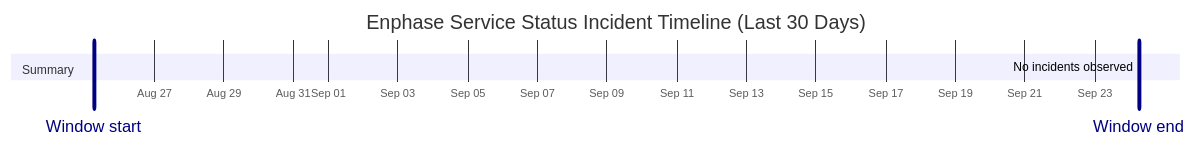
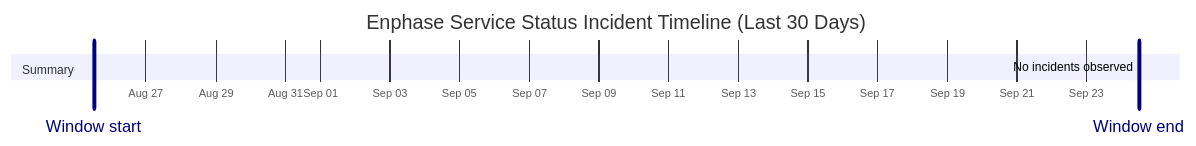
The diagram in wiki/Service-Status-History.md (barneyonline/ha-enphase-energy), drawn with Mermaid before and after one commit. The commit also changed other lines of this file and 3 other files, not shown here.

````diff
--- a/wiki/Service-Status-History.md
+++ b/wiki/Service-Status-History.md
@@ -14,10 +14,10 @@
 ```mermaid
 gantt
     title Enphase Service Status Incident Timeline (Last 30 Days)
     dateFormat  YYYY-MM-DDTHH:mm:ss
     axisFormat  %b %d
-    Window start :vert, window-start, 2026-08-25T06:28:38, 0ms
-    Window end :vert, window-end, 2026-09-24T06:28:38, 0ms
+    Window start :vert, window-start, 2026-08-25T12:07:12, 0ms
+    Window end :vert, window-end, 2026-09-24T12:07:12, 0ms
     section Summary
-    No incidents observed :done, 2026-09-24T06:28:38, 1m
+    No incidents observed :done, 2026-09-24T12:07:12, 1m
 ```
````
